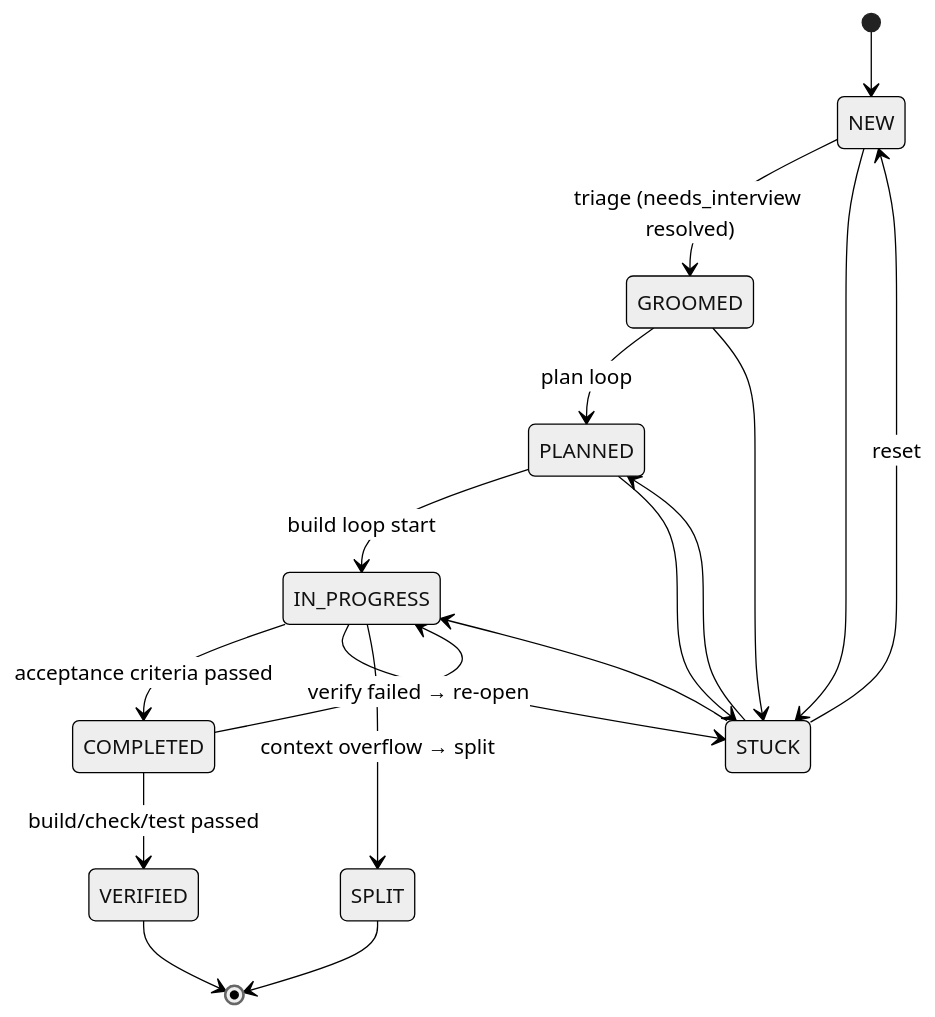
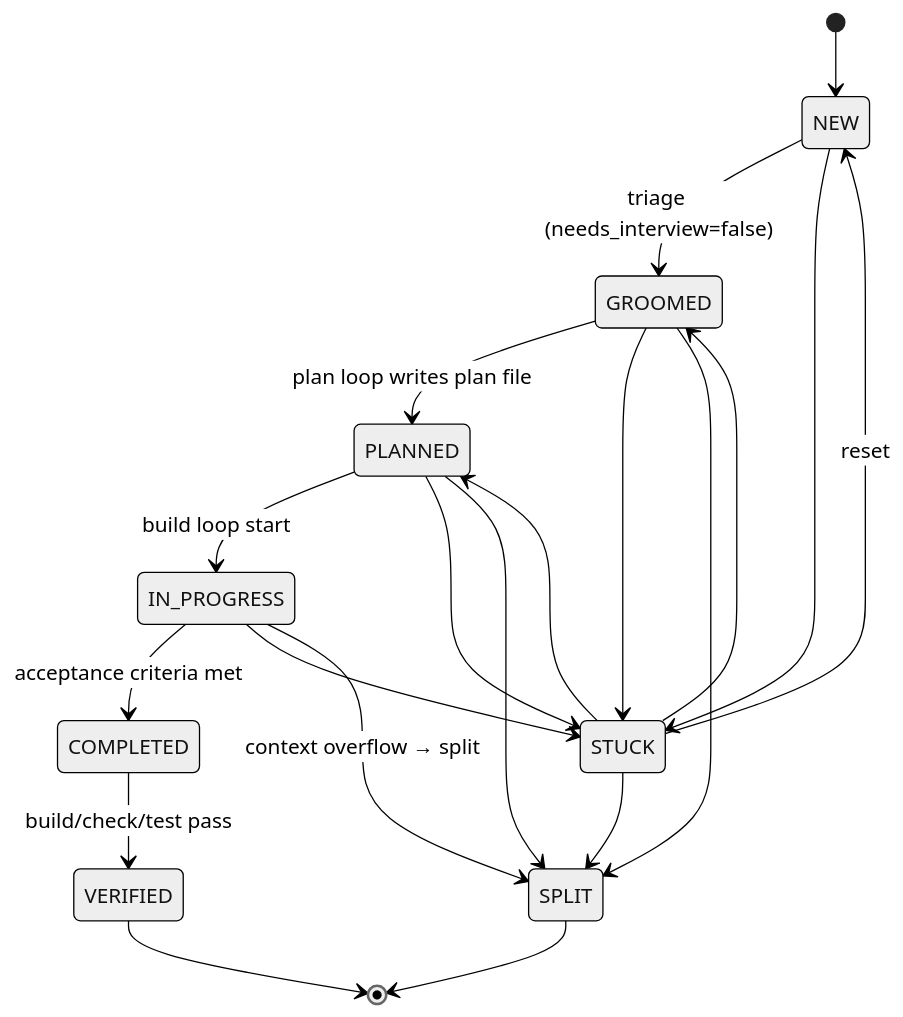
Before and after one commit to vx-daniel/barf-ts: the diagram in resources/architecture/issue-state-machine.md, drawn with Mermaid (neutral theme). The commit also changed other lines of this file and 16 other files, not shown here.

````diff
--- a/resources/architecture/issue-state-machine.md
+++ b/resources/architecture/issue-state-machine.md
@@ -22,26 +22,28 @@
 ```mermaid
 stateDiagram-v2
     [*] --> NEW
-    NEW --> GROOMED : triage (needs_interview resolved)
+    NEW --> GROOMED : triage (needs_interview=false)
     NEW --> STUCK
 
-    GROOMED --> PLANNED : plan loop
+    GROOMED --> PLANNED : plan loop writes plan file
     GROOMED --> STUCK
+    GROOMED --> SPLIT
 
     PLANNED --> IN_PROGRESS : build loop start
     PLANNED --> STUCK
+    PLANNED --> SPLIT
 
-    IN_PROGRESS --> COMPLETED : acceptance criteria passed
+    IN_PROGRESS --> COMPLETED : acceptance criteria met
     IN_PROGRESS --> STUCK
     IN_PROGRESS --> SPLIT : context overflow → split
 
-    COMPLETED --> VERIFIED : build/check/test passed
-    COMPLETED --> IN_PROGRESS : verify failed → re-open
+    COMPLETED --> VERIFIED : build/check/test pass
 
     STUCK --> NEW : reset
+    STUCK --> GROOMED
     STUCK --> PLANNED
-    STUCK --> IN_PROGRESS
+    STUCK --> SPLIT
 
     VERIFIED --> [*]
     SPLIT --> [*]
 ```
````
